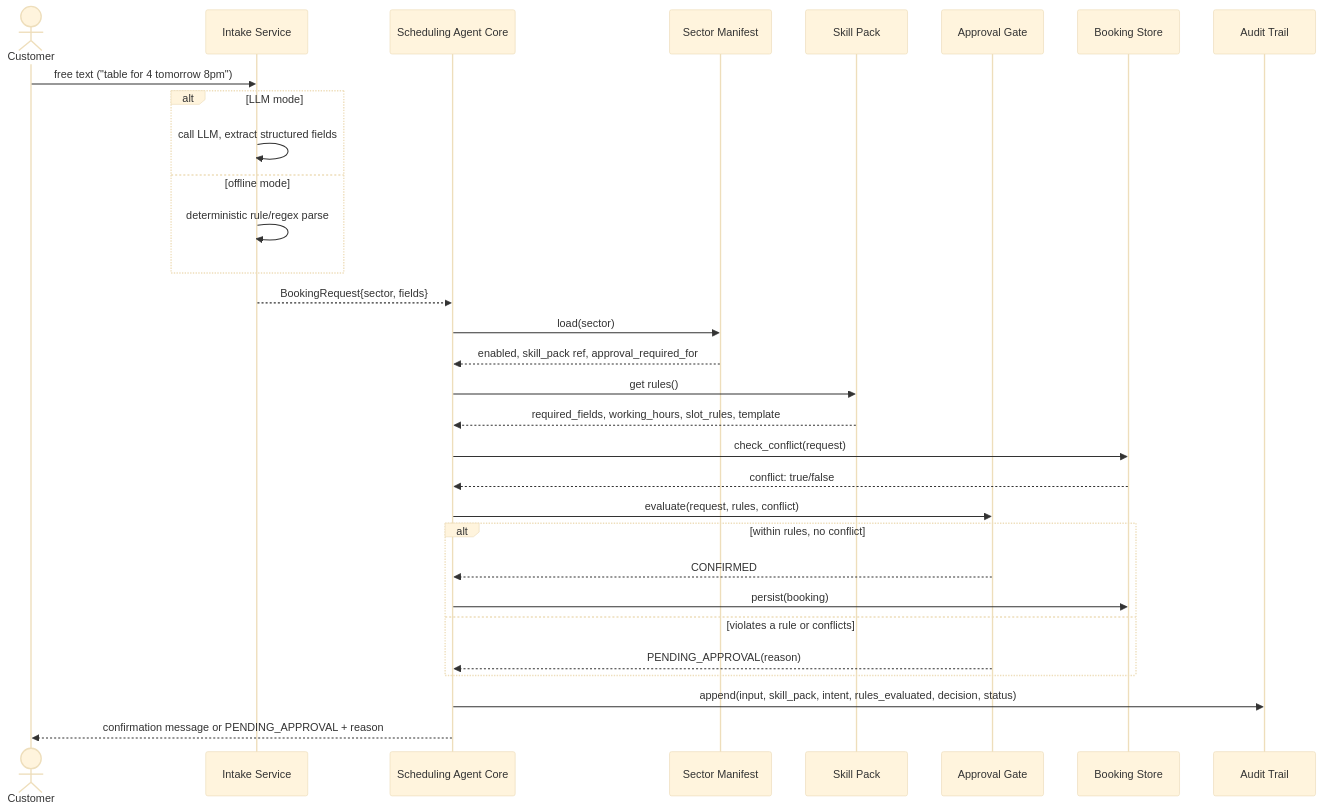
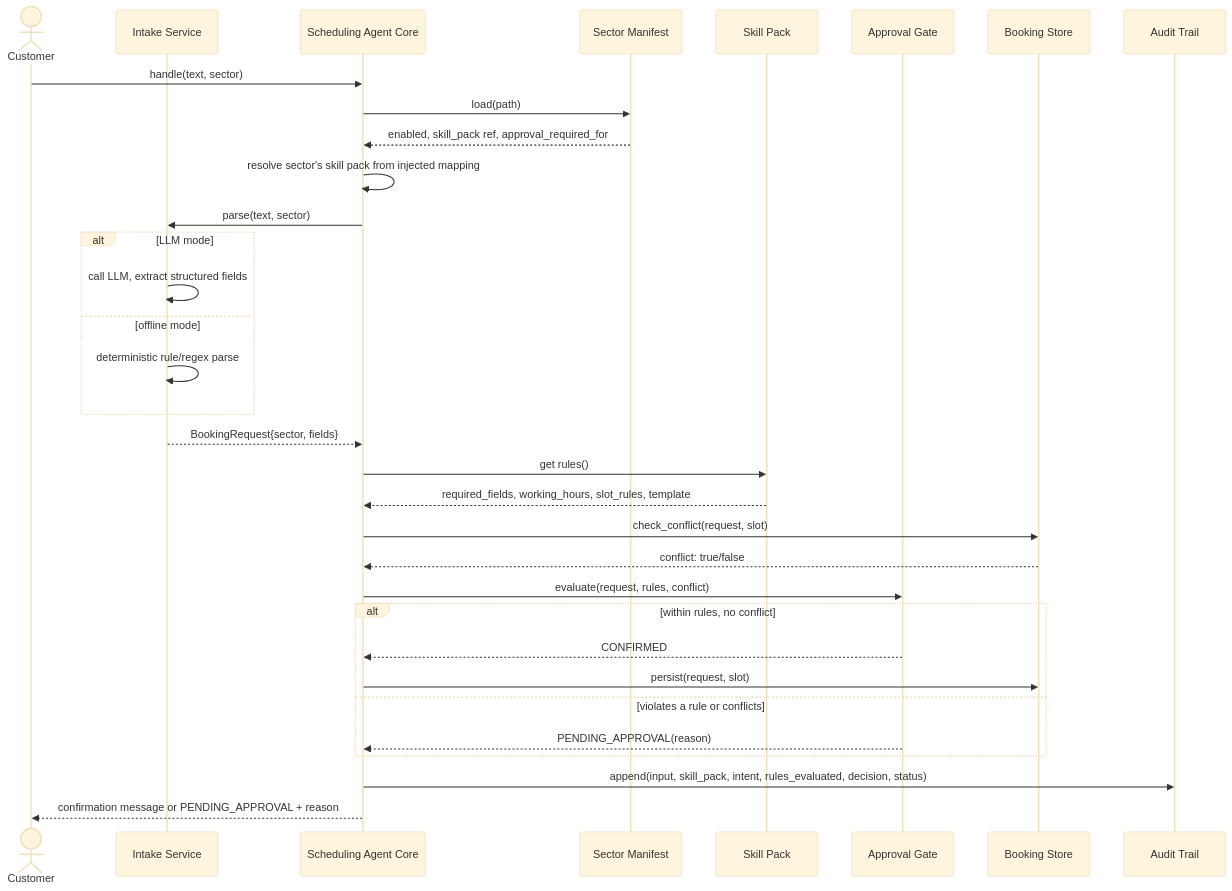
The diagram in diagrams/sequence-diagram.mmd (AhmedOmer013/eais-scheduling-agent), drawn with Mermaid (base theme) before and after one commit. The commit also changed 12 other files, not shown here.

```diff
--- a/diagrams/sequence-diagram.mmd
+++ b/diagrams/sequence-diagram.mmd
@@ -1,32 +1,34 @@
 sequenceDiagram
     actor Cust as Customer
     participant Intake as Intake Service
     participant Core as Scheduling Agent Core
     participant Manifest as Sector Manifest
     participant SP as Skill Pack
     participant Gate as Approval Gate
     participant Store as Booking Store
     participant Audit as Audit Trail
 
-    Cust->>Intake: free text ("table for 4 tomorrow 8pm")
+    Cust->>Core: handle(text, sector)
+    Core->>Manifest: load(path)
+    Manifest-->>Core: enabled, skill_pack ref, approval_required_for
+    Core->>Core: resolve sector's skill pack from injected mapping
+    Core->>Intake: parse(text, sector)
     alt LLM mode
         Intake->>Intake: call LLM, extract structured fields
     else offline mode
         Intake->>Intake: deterministic rule/regex parse
     end
     Intake-->>Core: BookingRequest{sector, fields}
-    Core->>Manifest: load(sector)
-    Manifest-->>Core: enabled, skill_pack ref, approval_required_for
     Core->>SP: get rules()
     SP-->>Core: required_fields, working_hours, slot_rules, template
-    Core->>Store: check_conflict(request)
+    Core->>Store: check_conflict(request, slot)
     Store-->>Core: conflict: true/false
     Core->>Gate: evaluate(request, rules, conflict)
     alt within rules, no conflict
         Gate-->>Core: CONFIRMED
-        Core->>Store: persist(booking)
+        Core->>Store: persist(request, slot)
     else violates a rule or conflicts
         Gate-->>Core: PENDING_APPROVAL(reason)
     end
     Core->>Audit: append(input, skill_pack, intent, rules_evaluated, decision, status)
     Core-->>Cust: confirmation message or PENDING_APPROVAL + reason
```
